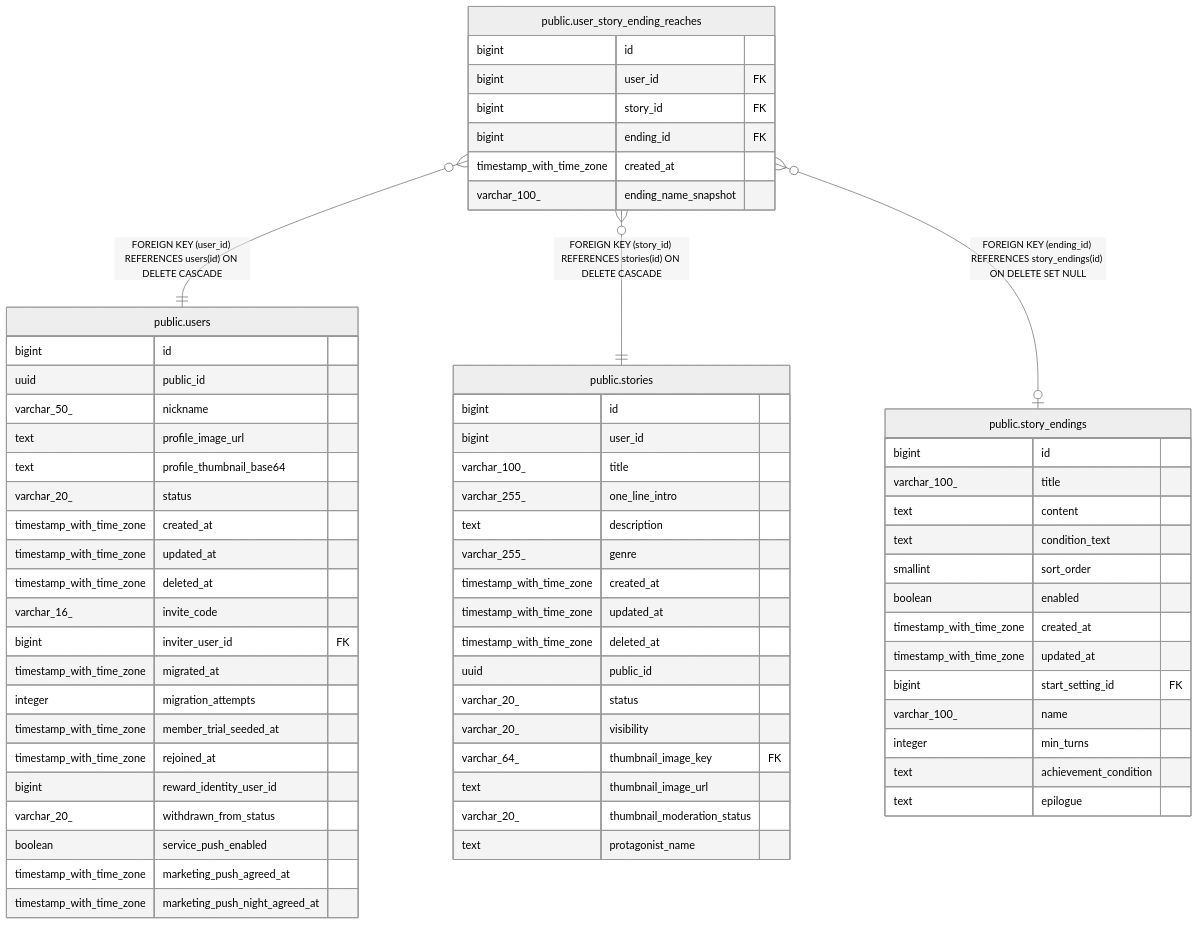
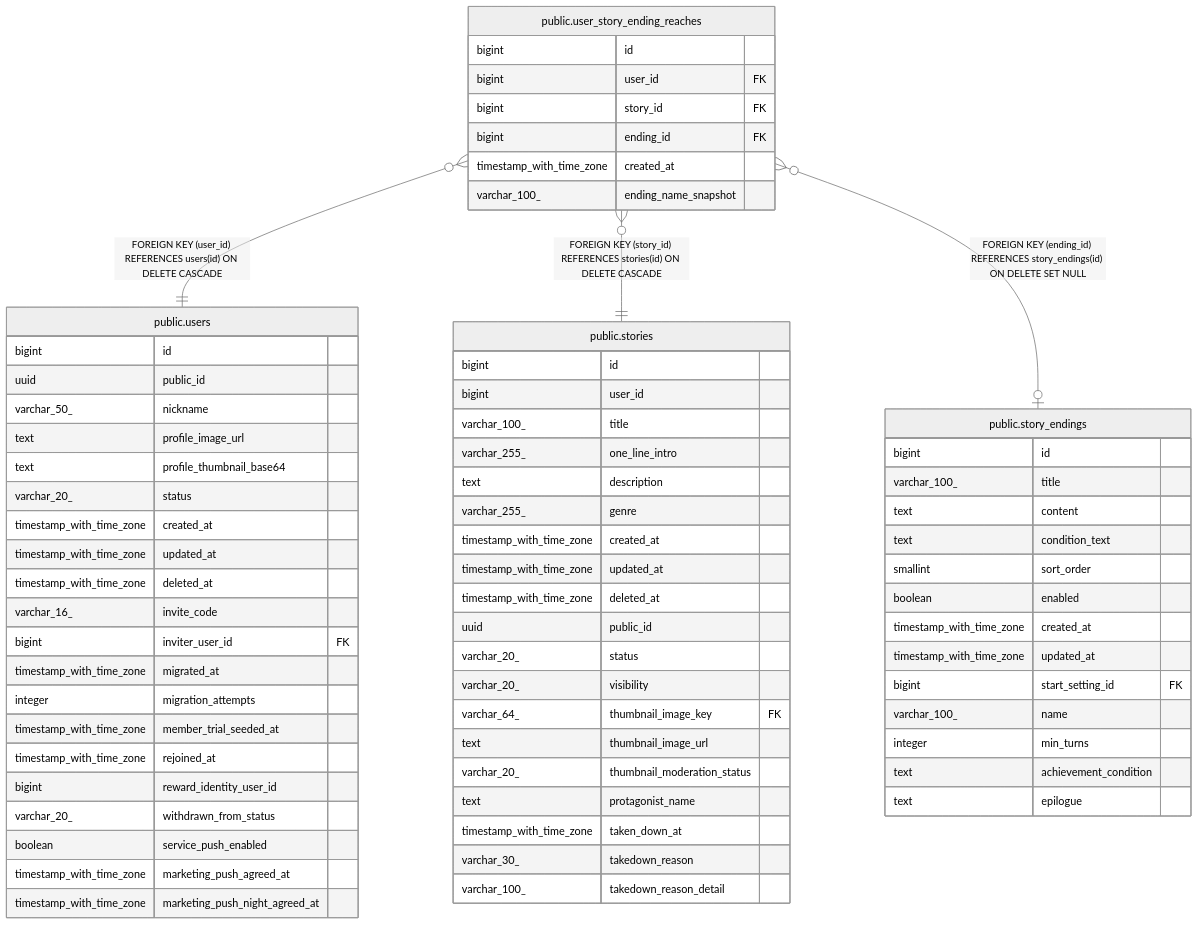
One commit to KIM-N-KANG/manyak-server changed the diagram in dbdoc/public.user_story_ending_reaches.md. Above: the diagram before and after it, drawn with Mermaid (neutral theme). The commit also changed 44 other files, not shown here.

````diff
--- a/dbdoc/public.user_story_ending_reaches.md
+++ b/dbdoc/public.user_story_ending_reaches.md
@@ -34,71 +34,74 @@
 ```mermaid
 erDiagram
 
 "public.user_story_ending_reaches" }o--|| "public.users" : "FOREIGN KEY (user_id) REFERENCES users(id) ON DELETE CASCADE"
 "public.user_story_ending_reaches" }o--|| "public.stories" : "FOREIGN KEY (story_id) REFERENCES stories(id) ON DELETE CASCADE"
 "public.user_story_ending_reaches" }o--o| "public.story_endings" : "FOREIGN KEY (ending_id) REFERENCES story_endings(id) ON DELETE SET NULL"
 
 "public.user_story_ending_reaches" {
   bigint id
   bigint user_id FK
   bigint story_id FK
   bigint ending_id FK
   timestamp_with_time_zone created_at
   varchar_100_ ending_name_snapshot
 }
 "public.users" {
   bigint id
   uuid public_id
   varchar_50_ nickname
   text profile_image_url
   text profile_thumbnail_base64
   varchar_20_ status
   timestamp_with_time_zone created_at
   timestamp_with_time_zone updated_at
   timestamp_with_time_zone deleted_at
   varchar_16_ invite_code
   bigint inviter_user_id FK
   timestamp_with_time_zone migrated_at
   integer migration_attempts
   timestamp_with_time_zone member_trial_seeded_at
   timestamp_with_time_zone rejoined_at
   bigint reward_identity_user_id
   varchar_20_ withdrawn_from_status
   boolean service_push_enabled
   timestamp_with_time_zone marketing_push_agreed_at
   timestamp_with_time_zone marketing_push_night_agreed_at
 }
 "public.stories" {
   bigint id
   bigint user_id
   varchar_100_ title
   varchar_255_ one_line_intro
   text description
   varchar_255_ genre
   timestamp_with_time_zone created_at
   timestamp_with_time_zone updated_at
   timestamp_with_time_zone deleted_at
   uuid public_id
   varchar_20_ status
   varchar_20_ visibility
   varchar_64_ thumbnail_image_key FK
   text thumbnail_image_url
   varchar_20_ thumbnail_moderation_status
   text protagonist_name
+  timestamp_with_time_zone taken_down_at
+  varchar_30_ takedown_reason
+  varchar_100_ takedown_reason_detail
 }
 "public.story_endings" {
   bigint id
   varchar_100_ title
   text content
   text condition_text
   smallint sort_order
   boolean enabled
   timestamp_with_time_zone created_at
   timestamp_with_time_zone updated_at
   bigint start_setting_id FK
   varchar_100_ name
   integer min_turns
   text achievement_condition
   text epilogue
 }
 ```
````
